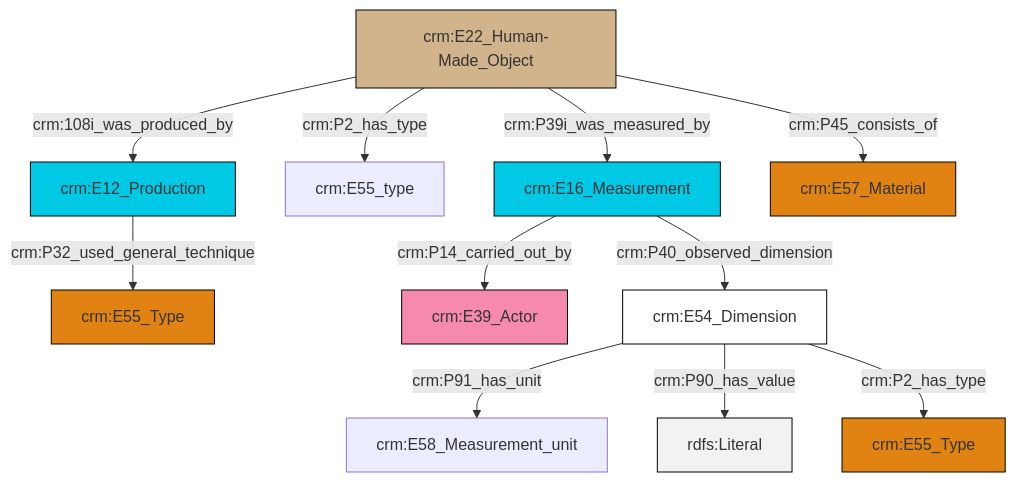
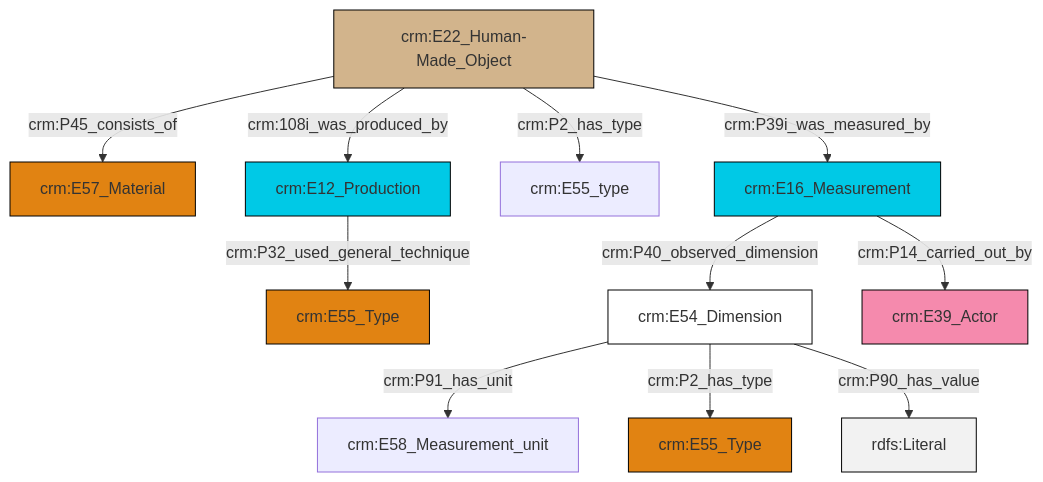
Before and after one commit to swiss-art-research-net/reference-data-models: the diagram in et/artworkCSV/ttl/mmd/Artwork_substance.ttl.mmd, drawn with Mermaid. The commit also changed 124 other files, not shown here.

```diff
--- a/et/artworkCSV/ttl/mmd/Artwork_substance.ttl.mmd
+++ b/et/artworkCSV/ttl/mmd/Artwork_substance.ttl.mmd
@@ -1,25 +1,25 @@
 graph TD
 classDef Literal fill:#f2f2f2,stroke:#000000;
 classDef CRM_Entity fill:#FFFFFF,stroke:#000000;
 classDef Temporal_Entity fill:#00C9E6, stroke:#000000;
 classDef Type fill:#E18312, stroke:#000000;
 classDef Time-Span fill:#2C9C91, stroke:#000000;
 classDef Appellation fill:#FFEB7F, stroke:#000000;
 classDef Place fill:#008836, stroke:#000000;
 classDef Persistent_Item fill:#B266B2, stroke:#000000;
 classDef Conceptual_Object fill:#FFD700, stroke:#000000;
 classDef Physical_Thing fill:#D2B48C, stroke:#000000;
 classDef Actor fill:#f58aad, stroke:#000000;
 classDef PC_Classes fill:#4ce600, stroke:#000000;
 classDef Multi fill:#cccccc,stroke:#000000;
 
-0["crm:E12_Production"]:::Temporal_Entity -->|crm:P32_used_general_technique| 2["crm:E55_Type"]:::Type
-5["crm:E22_Human-Made_Object"]:::Physical_Thing -->|crm:P2_has_type| 6["crm:E55_type"]:::Default
-11["crm:E54_Dimension"]:::CRM_Entity -->|crm:P91_has_unit| 8["crm:E58_Measurement_unit"]:::Default
-13["crm:E16_Measurement"]:::Temporal_Entity -->|crm:P14_carried_out_by| 3["crm:E39_Actor"]:::Actor
-11["crm:E54_Dimension"]:::CRM_Entity -->|crm:P90_has_value| 14[rdfs:Literal]:::Literal
-13["crm:E16_Measurement"]:::Temporal_Entity -->|crm:P40_observed_dimension| 11["crm:E54_Dimension"]:::CRM_Entity
-5["crm:E22_Human-Made_Object"]:::Physical_Thing -->|crm:P45_consists_of| 16["crm:E57_Material"]:::Type
-5["crm:E22_Human-Made_Object"]:::Physical_Thing -->|crm:P39i_was_measured_by| 13["crm:E16_Measurement"]:::Temporal_Entity
-5["crm:E22_Human-Made_Object"]:::Physical_Thing -->|crm:108i_was_produced_by| 0["crm:E12_Production"]:::Temporal_Entity
-11["crm:E54_Dimension"]:::CRM_Entity -->|crm:P2_has_type| 19["crm:E55_Type"]:::Type
+4["crm:E16_Measurement"]:::Temporal_Entity -->|crm:P40_observed_dimension| 5["crm:E54_Dimension"]:::CRM_Entity
+5["crm:E54_Dimension"]:::CRM_Entity -->|crm:P91_has_unit| 6["crm:E58_Measurement_unit"]:::Default
+5["crm:E54_Dimension"]:::CRM_Entity -->|crm:P2_has_type| 8["crm:E55_Type"]:::Type
+10["crm:E22_Human-Made_Object"]:::Physical_Thing -->|crm:P45_consists_of| 2["crm:E57_Material"]:::Type
+15["crm:E12_Production"]:::Temporal_Entity -->|crm:P32_used_general_technique| 0["crm:E55_Type"]:::Type
+4["crm:E16_Measurement"]:::Temporal_Entity -->|crm:P14_carried_out_by| 16["crm:E39_Actor"]:::Actor
+10["crm:E22_Human-Made_Object"]:::Physical_Thing -->|crm:P39i_was_measured_by| 4["crm:E16_Measurement"]:::Temporal_Entity
+10["crm:E22_Human-Made_Object"]:::Physical_Thing -->|crm:P2_has_type| 13["crm:E55_type"]:::Default
+10["crm:E22_Human-Made_Object"]:::Physical_Thing -->|crm:108i_was_produced_by| 15["crm:E12_Production"]:::Temporal_Entity
+5["crm:E54_Dimension"]:::CRM_Entity -->|crm:P90_has_value| 20[rdfs:Literal]:::Literal
```
